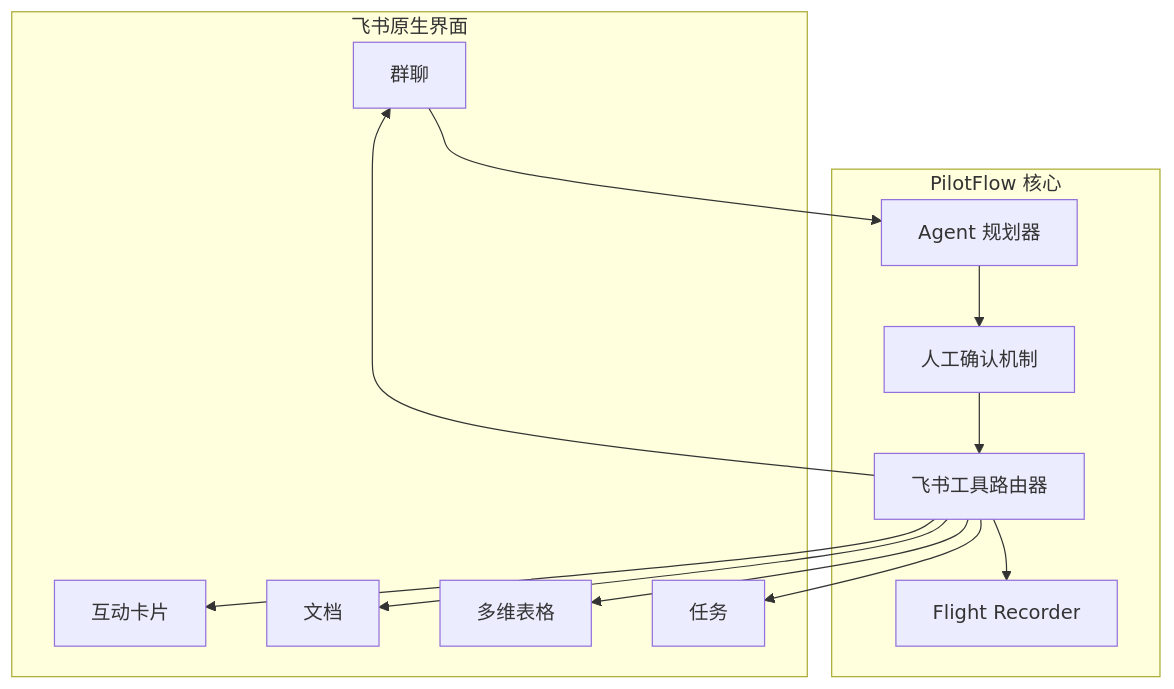
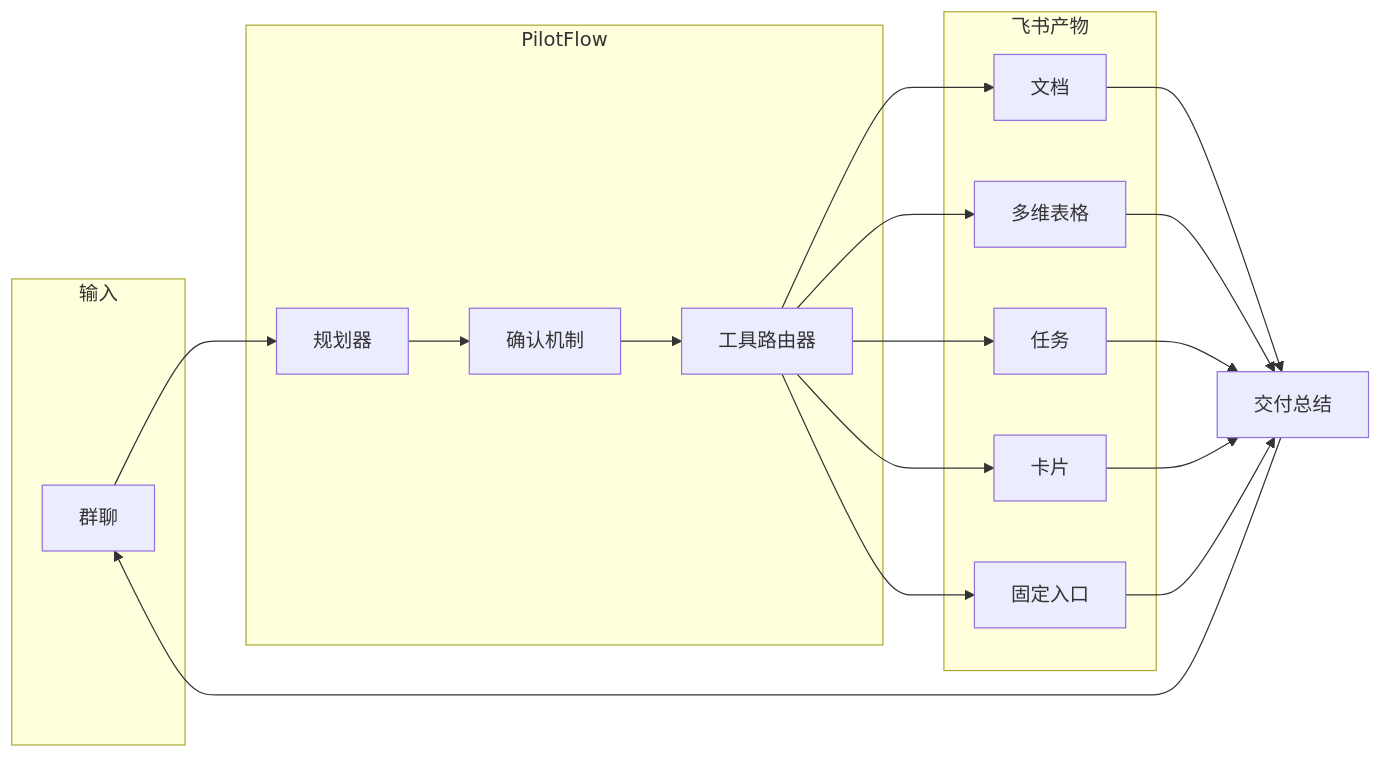
Before and after one commit to DeliciousBuding/pilot-flow: the second of 2 diagrams in README.md, drawn with Mermaid. The commit also changed 1 other file, not shown here.

Commit message:
docs: restructure architecture diagram layout
- Use left-to-right flow with 3 clear layers: input, PilotFlow core, Feishu artifacts
- Show the loop: artifacts -> delivery summary -> back to group chat
- Remove Flight Recorder from main diagram (it's observability, not product flow)

````diff
--- a/README.md
+++ b/README.md
@@ -87,27 +87,32 @@
 ```mermaid
-flowchart TB
-    subgraph "飞书原生界面"
+flowchart LR
+    subgraph 输入
         IM["群聊"]
-        Card["互动卡片"]
+    end
+
+    subgraph PilotFlow
+        Planner["规划器"] --> Confirm["确认机制"]
+        Confirm --> Router["工具路由器"]
+    end
+
+    subgraph 飞书产物
         Doc["文档"]
         Base["多维表格"]
         Task["任务"]
-    end
-
-    subgraph "PilotFlow 核心"
-        Planner["Agent 规划器"]
-        Confirm["人工确认机制"]
-        Router["飞书工具路由器"]
-        Recorder["Flight Recorder"]
+        Card["卡片"]
+        Entry["固定入口"]
     end
 
     IM --> Planner
-    Planner --> Confirm
-    Confirm --> Router
     Router --> Doc
     Router --> Base
     Router --> Task
     Router --> Card
-    Router --> IM
-    Router --> Recorder
+    Router --> Entry
+    Doc --> Summary["交付总结"]
+    Base --> Summary
+    Task --> Summary
+    Card --> Summary
+    Entry --> Summary
+    Summary --> IM
 ```
````
